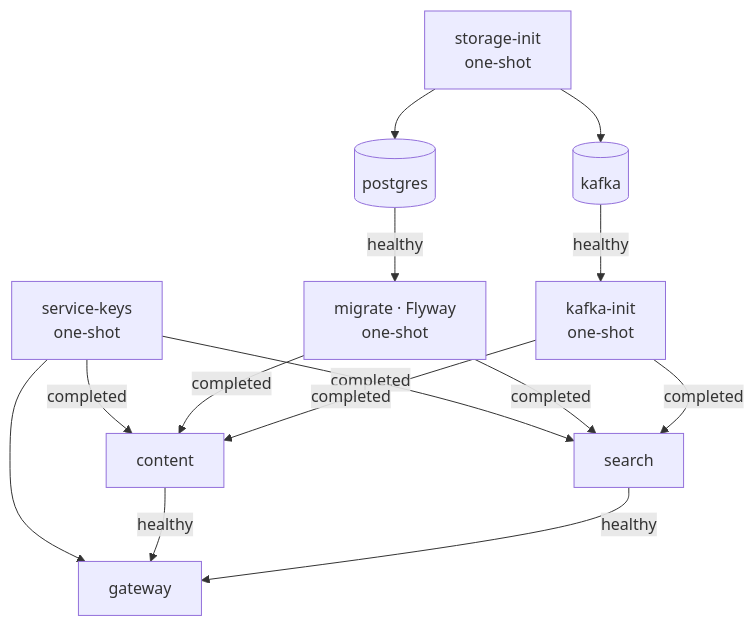
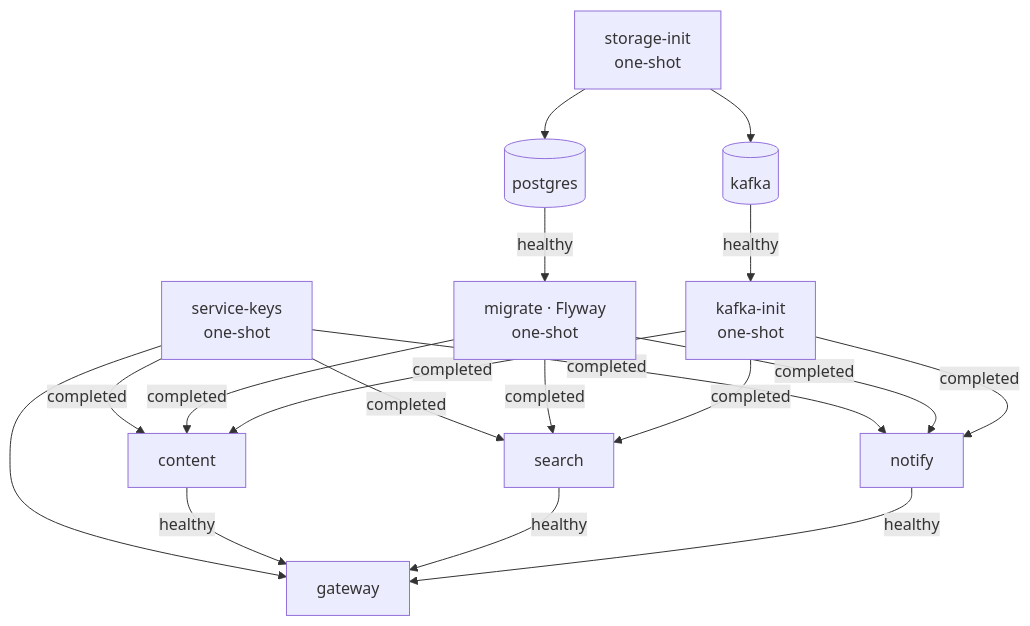
The fifth of 5 diagrams in docs/ru/04-architecture.md (armdev/harness-template), drawn with Mermaid before and after one commit. The commit also changed other lines of this file and 19 other files, not shown here.

````diff
--- a/docs/ru/04-architecture.md
+++ b/docs/ru/04-architecture.md
@@ -127,10 +131,10 @@
 ```mermaid
 flowchart TB
     si["storage-init<br/>one-shot"] --> pg[(postgres)] & kf[(kafka)]
     pg -->|healthy| mig["migrate · Flyway<br/>one-shot"]
     kf -->|healthy| ki["kafka-init<br/>one-shot"]
     sk["service-keys<br/>one-shot"]
-    sk & mig & ki -->|completed| content & search
+    sk & mig & ki -->|completed| content & search & notify
     sk --> gw[gateway]
-    content & search -->|healthy| gw
+    content & search & notify -->|healthy| gw
 ```
````
